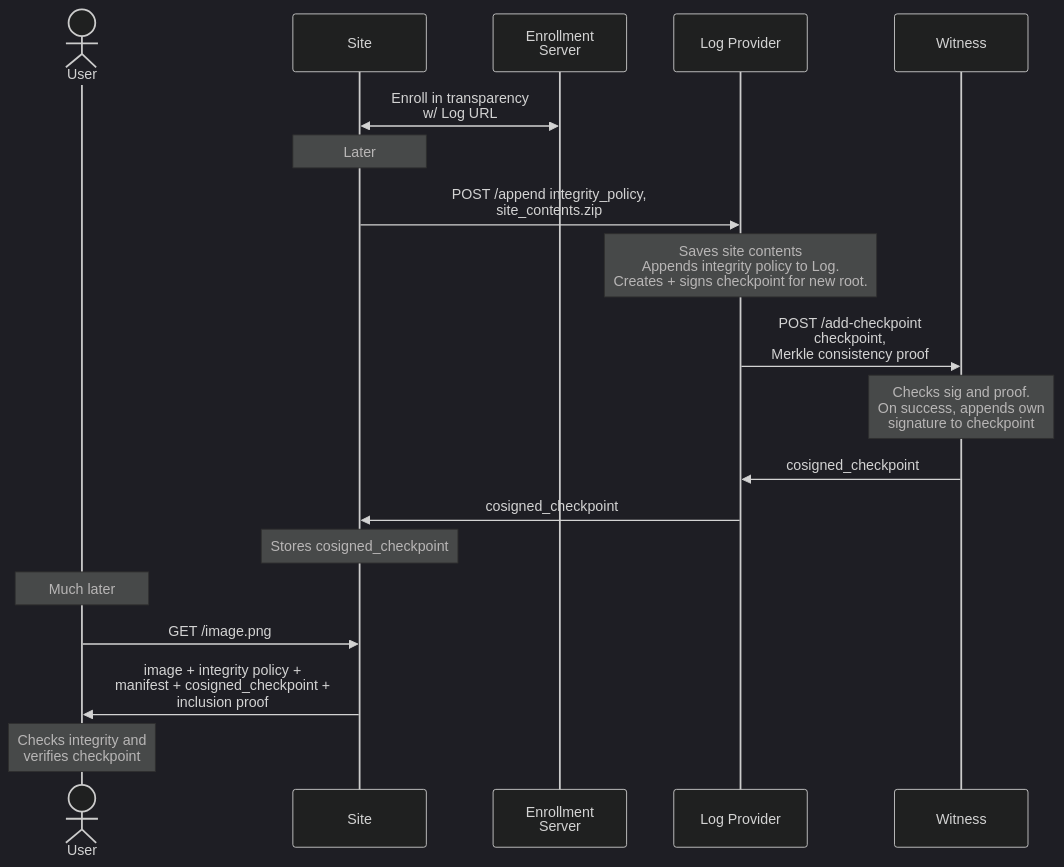
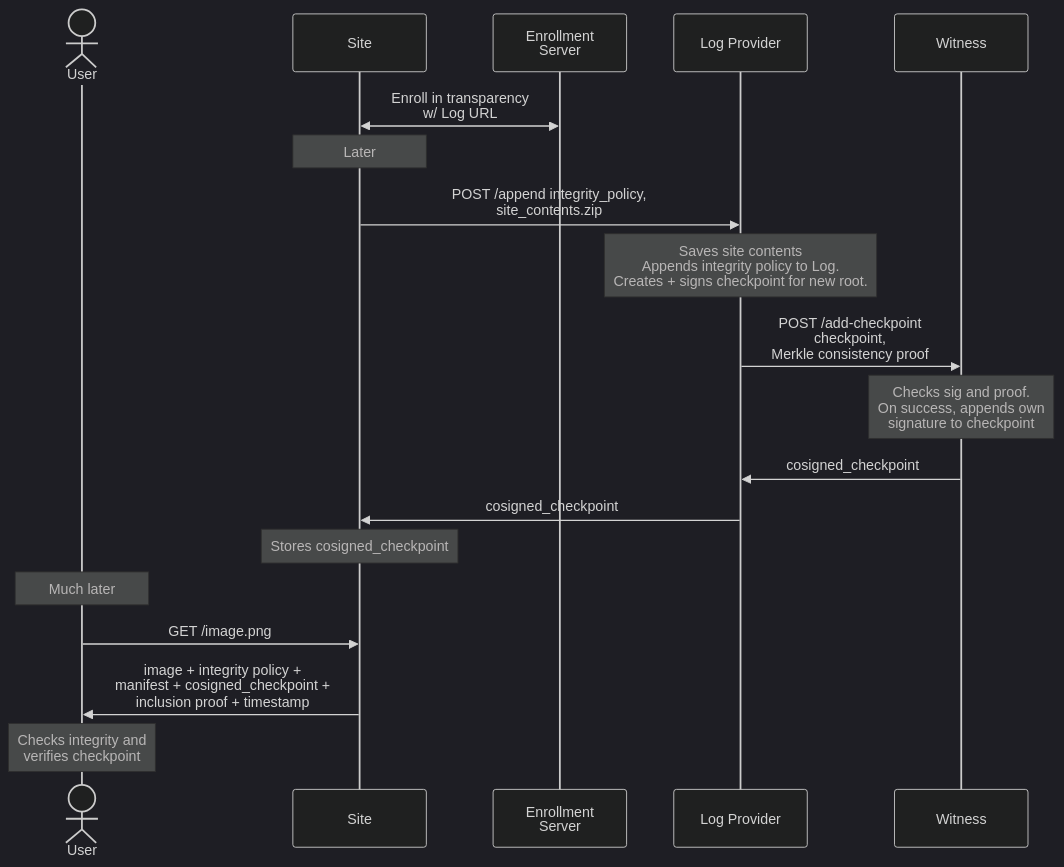
The diagram in draft-waict-transparency.md (rozbb/draft-waict-transparency), drawn with Mermaid (dark theme) before and after one commit. The commit also changed other lines of this file, not shown here.

````diff
--- a/draft-waict-transparency.md
+++ b/draft-waict-transparency.md
@@ -27,21 +27,21 @@
 ```mermaid
 sequenceDiagram
   actor U as User
   participant S as Site
   participant E as Enrollment<br/>Server
   participant L as Log Provider
   participant W as Witness
   S<<->>E: Enroll in transparency <br/> w/ Log URL
   note over S: Later
   S->>L: POST /append integrity_policy, <br /> site_contents.zip
   note over L: Saves site contents <br /> Appends integrity policy to Log. <br/> Creates + signs checkpoint for new root.
   L->>W: POST /add-checkpoint <br /> checkpoint, <br/> Merkle consistency proof
   note over W:  Checks sig and proof. <br /> On success, appends own <br/>signature to checkpoint
   W->>L: cosigned_checkpoint
   L->>S: cosigned_checkpoint
   note over S: Stores cosigned_checkpoint
   note over U: Much later
   U->>S: GET /image.png
-  S->>U:image + integrity policy + <br /> manifest + cosigned_checkpoint + <br/> inclusion proof
+  S->>U:image + integrity policy + <br /> manifest + cosigned_checkpoint + <br/> inclusion proof + timestamp
   note over U: Checks integrity and <br /> verifies checkpoint
 ```
````
